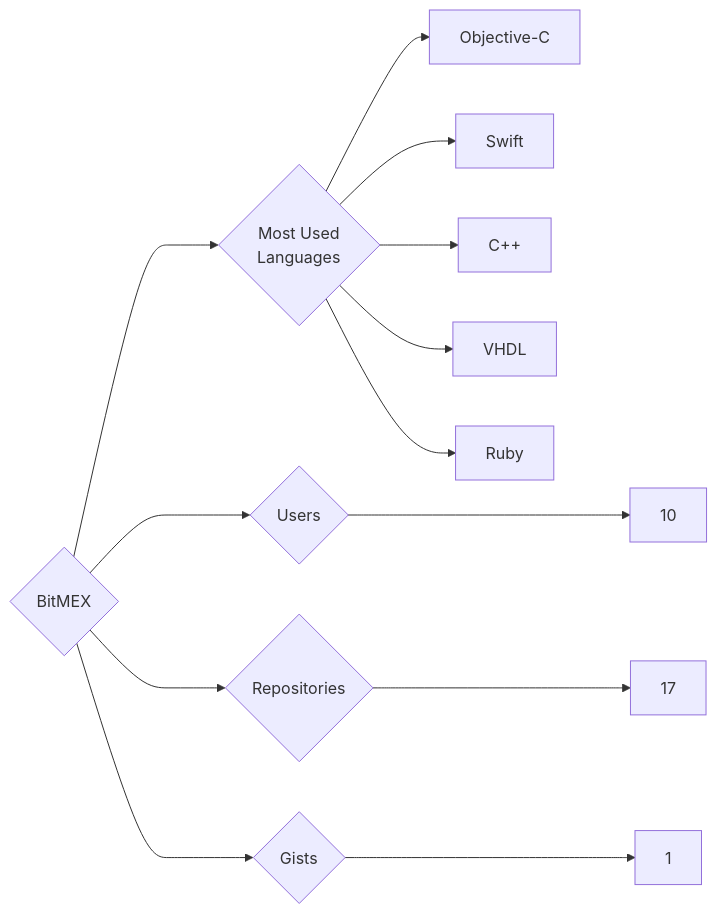
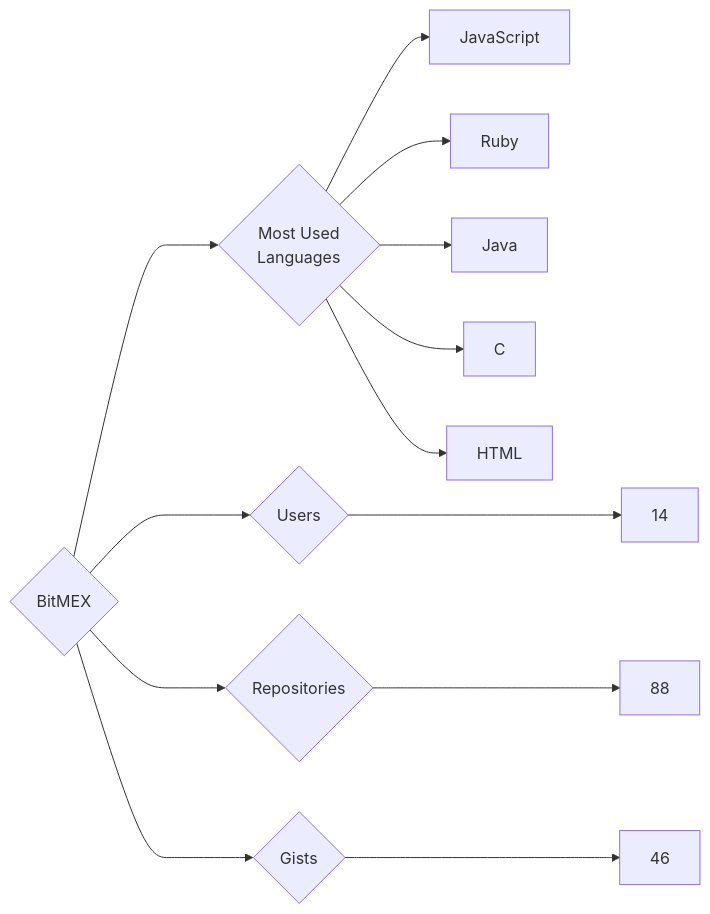
Before and after one commit to trickest/insiders: the diagram in targets/BitMEX/README.md, drawn with Mermaid. The commit also changed 748 other files, not shown here.

````diff
--- a/targets/BitMEX/README.md
+++ b/targets/BitMEX/README.md
@@ -3,13 +3,13 @@
 ```mermaid
 graph LR
 COMPANY_NAME{BitMEX}
-COMPANY_NAME ---> U{Users} ---> UN[10]
-COMPANY_NAME ---> R{Repositories} ---> RN[17]
-COMPANY_NAME ---> G{Gists} ---> GN[1]
+COMPANY_NAME ---> U{Users} ---> UN[14]
+COMPANY_NAME ---> R{Repositories} ---> RN[88]
+COMPANY_NAME ---> G{Gists} ---> GN[46]
 COMPANY_NAME ---> ML{Most Used<br>Languages}
-ML --> Objective-C[Objective-C]
-ML --> Swift[Swift]
-ML --> C++[C++]
-ML --> VHDL[VHDL]
+ML --> JavaScript[JavaScript]
 ML --> Ruby[Ruby]
+ML --> Java[Java]
+ML --> C[C]
+ML --> HTML[HTML]
 ```
````
